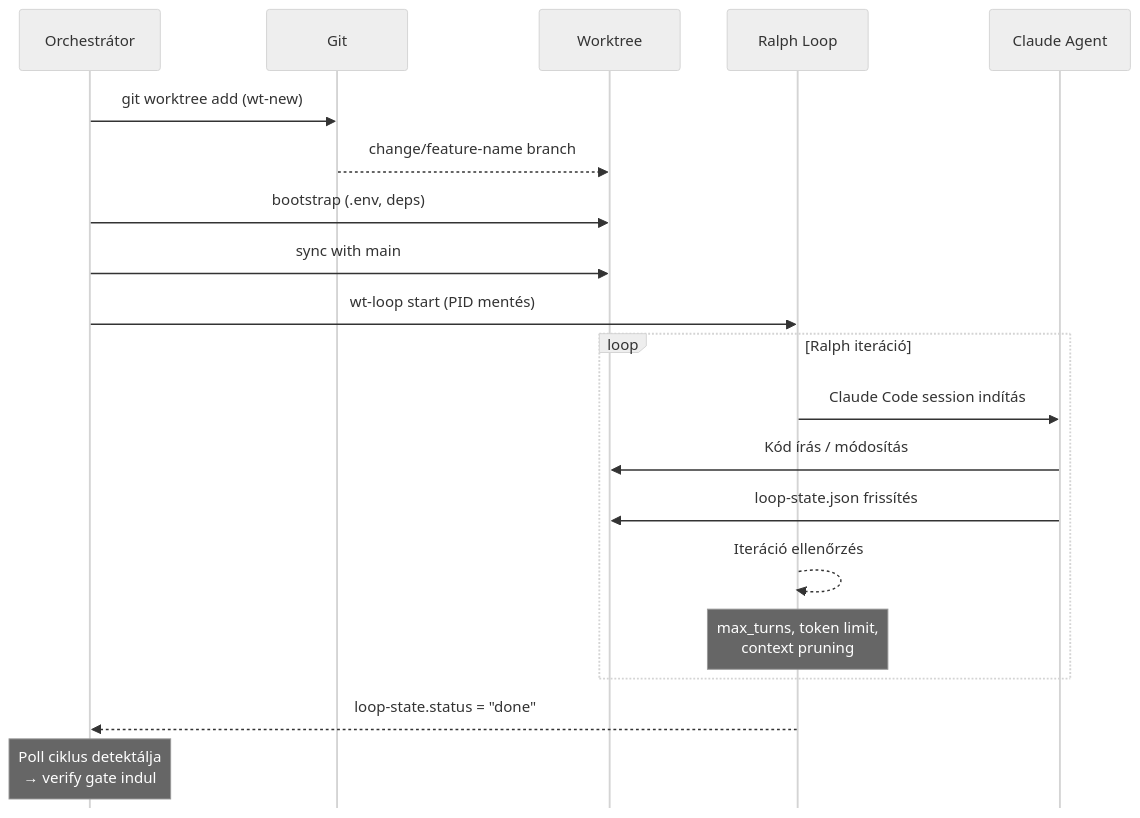
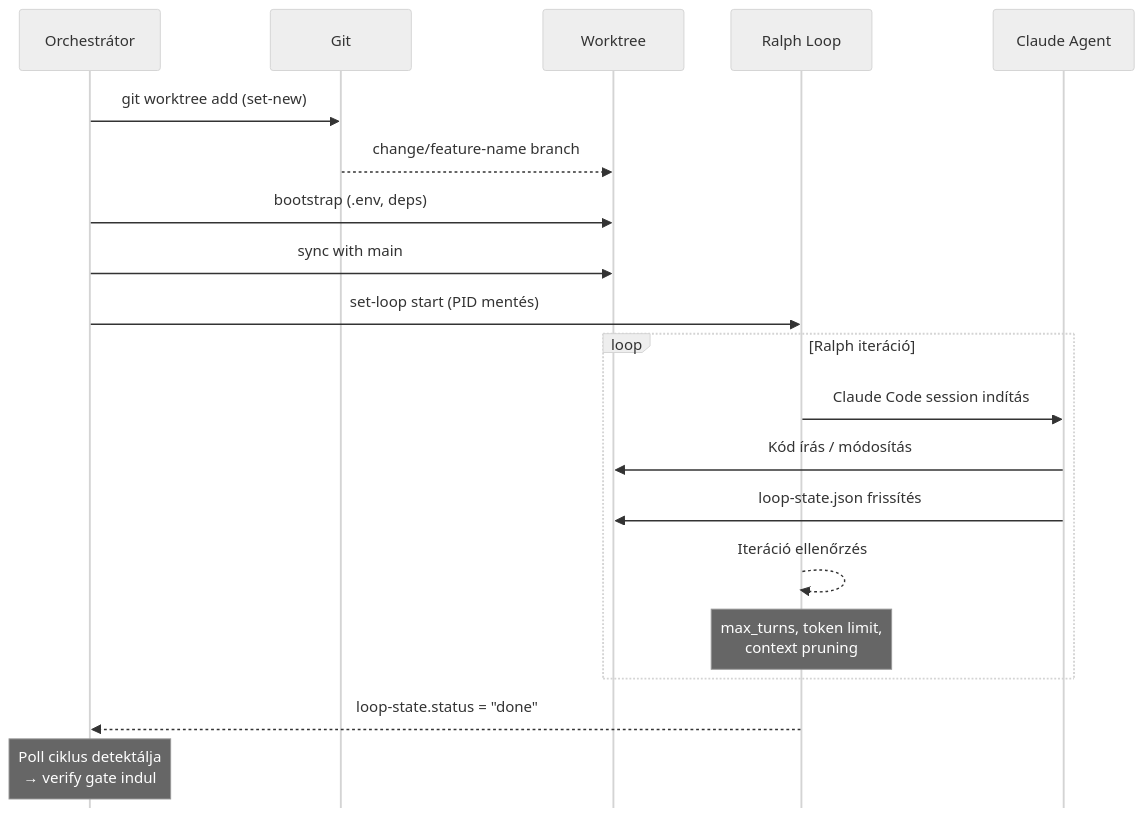
Before and after one commit to tatargabor/set-core: the diagram in docs/howitworks/diagrams/04-dispatch-ralph.mmd, drawn with Mermaid. The commit also changed 318 other files, not shown here.

```diff
--- a/docs/howitworks/diagrams/04-dispatch-ralph.mmd
+++ b/docs/howitworks/diagrams/04-dispatch-ralph.mmd
@@ -1,24 +1,24 @@
 %%{init: {'theme': 'neutral', 'sequence': {'mirrorActors': false}}}%%
 sequenceDiagram
     participant O as Orchestrátor
     participant G as Git
     participant W as Worktree
     participant R as Ralph Loop
     participant C as Claude Agent
 
-    O->>G: git worktree add (wt-new)
+    O->>G: git worktree add (set-new)
     G-->>W: change/feature-name branch
     O->>W: bootstrap (.env, deps)
     O->>W: sync with main
-    O->>R: wt-loop start (PID mentés)
+    O->>R: set-loop start (PID mentés)
 
     loop Ralph iteráció
         R->>C: Claude Code session indítás
         C->>W: Kód írás / módosítás
         C->>W: loop-state.json frissítés
         R-->>R: Iteráció ellenőrzés
         Note over R: max_turns, token limit,<br/>context pruning
     end
 
     R-->>O: loop-state.status = "done"
     Note over O: Poll ciklus detektálja<br/>→ verify gate indul
```
